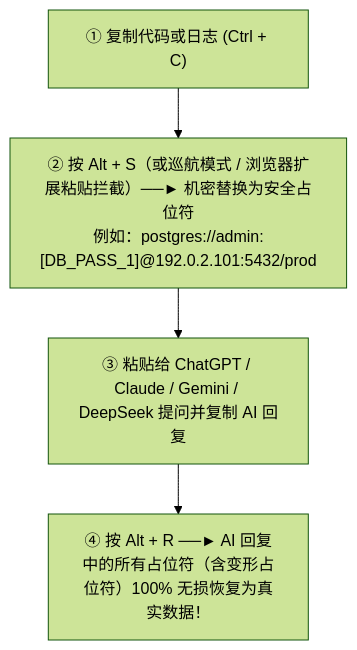
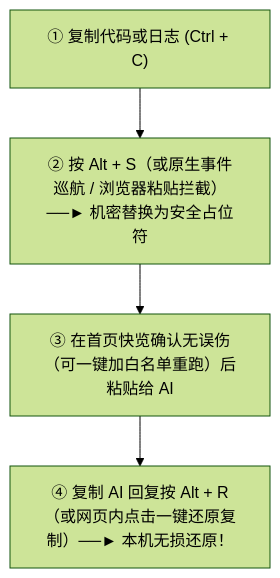
The diagram in README.zh-CN.md (HsooiDev/ai-privacy-sanitizer), drawn with Mermaid (forest theme) before and after one commit. The commit also changed other lines of this file and 32 other files, not shown here.

````diff
--- a/README.zh-CN.md
+++ b/README.zh-CN.md
@@ -61,6 +61,6 @@
 ```mermaid
 flowchart TD
-    A["① 复制代码或日志 (Ctrl + C)"] --> B["② 按 Alt + S（或巡航模式 / 浏览器扩展粘贴拦截）──► 机密替换为安全占位符<br/>例如：postgres://admin:[DB_PASS_1]@192.0.2.101:5432/prod"]
-    B --> C["③ 粘贴给 ChatGPT / Claude / Gemini / DeepSeek 提问并复制 AI 回复"]
-    C --> D["④ 按 Alt + R ──► AI 回复中的所有占位符（含变形占位符）100% 无损恢复为真实数据！"]
+    A["① 复制代码或日志 (Ctrl + C)"] --> B["② 按 Alt + S（或原生事件巡航 / 浏览器粘贴拦截）──► 机密替换为安全占位符"]
+    B --> C["③ 在首页快览确认无误伤（可一键加白名单重跑）后粘贴给 AI"]
+    C --> D["④ 复制 AI 回复按 Alt + R（或网页内点击一键还原复制）──► 本机无损还原！"]
 ```
````
